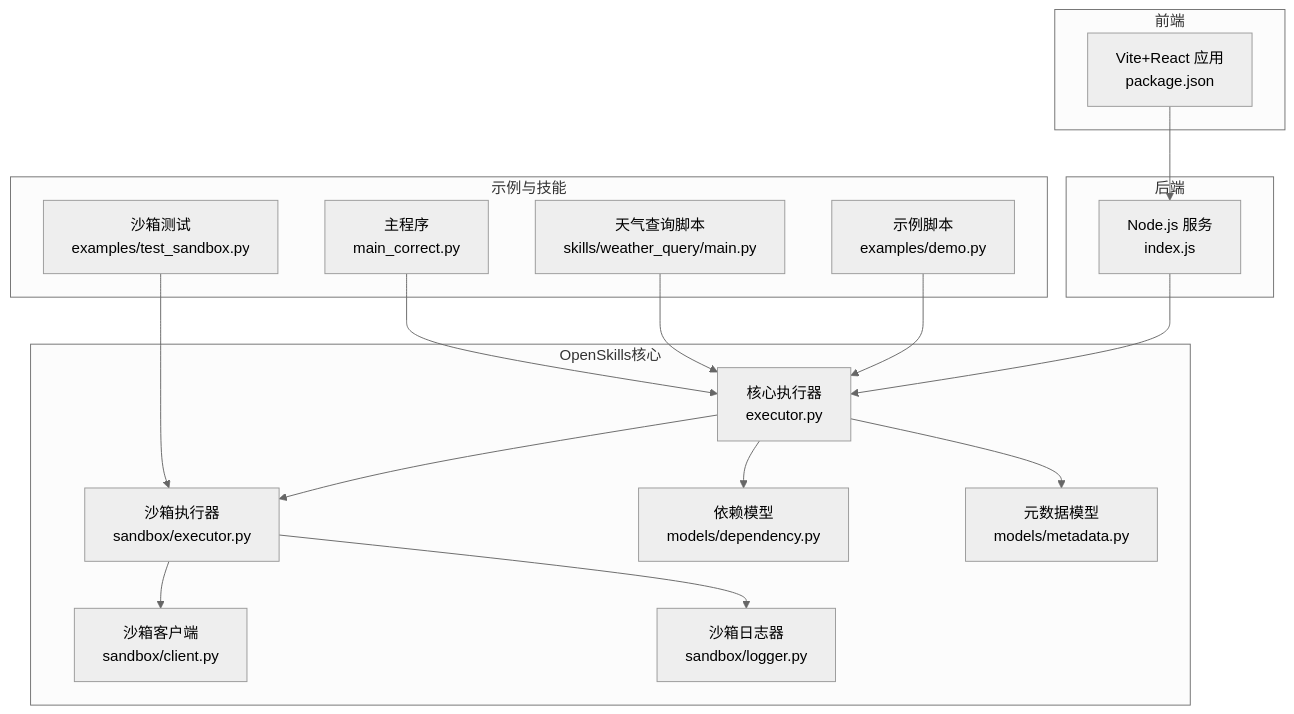
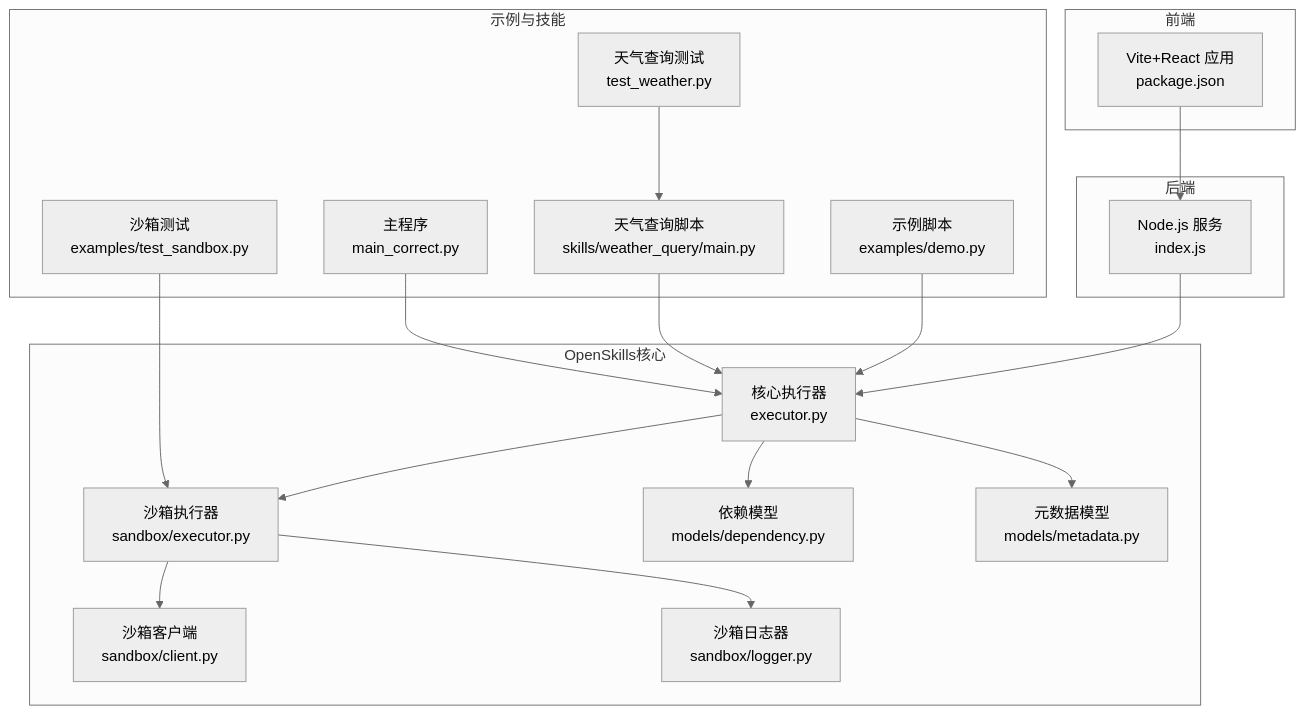
Before and after one commit to filenew1/AutoMate: the first of 10 diagrams in .qoder/repowiki/zh/content/后端服务/Python集成.md, drawn with Mermaid (neutral theme). The commit also changed other lines of this file and 7 other files, not shown here.

````diff
--- a/.qoder/repowiki/zh/content/后端服务/Python集成.md
+++ b/.qoder/repowiki/zh/content/后端服务/Python集成.md
@@ -47,34 +61,36 @@
 ```mermaid
 graph TB
 subgraph "前端"
 FE["Vite+React 应用<br/>package.json"]
 end
 subgraph "后端"
 BE["Node.js 服务<br/>index.js"]
 end
 subgraph "OpenSkills核心"
 CORE["核心执行器<br/>executor.py"]
 SANDBOX["沙箱执行器<br/>sandbox/executor.py"]
 CLIENT["沙箱客户端<br/>sandbox/client.py"]
 LOGGER["沙箱日志器<br/>sandbox/logger.py"]
 DEPS["依赖模型<br/>models/dependency.py"]
 META["元数据模型<br/>models/metadata.py"]
 end
 subgraph "示例与技能"
 DEMO["示例脚本<br/>examples/demo.py"]
 TEST["沙箱测试<br/>examples/test_sandbox.py"]
 WEATHER["天气查询脚本<br/>skills/weather_query/main.py"]
+TEST_WEATHER["天气查询测试<br/>test_weather.py"]
 MAIN["主程序<br/>main_correct.py"]
 end
 FE --> BE
 BE --> CORE
 CORE --> SANDBOX
 SANDBOX --> CLIENT
 SANDBOX --> LOGGER
 CORE --> DEPS
 CORE --> META
 DEMO --> CORE
 TEST --> SANDBOX
 WEATHER --> CORE
+TEST_WEATHER --> WEATHER
 MAIN --> CORE
 ```
````
